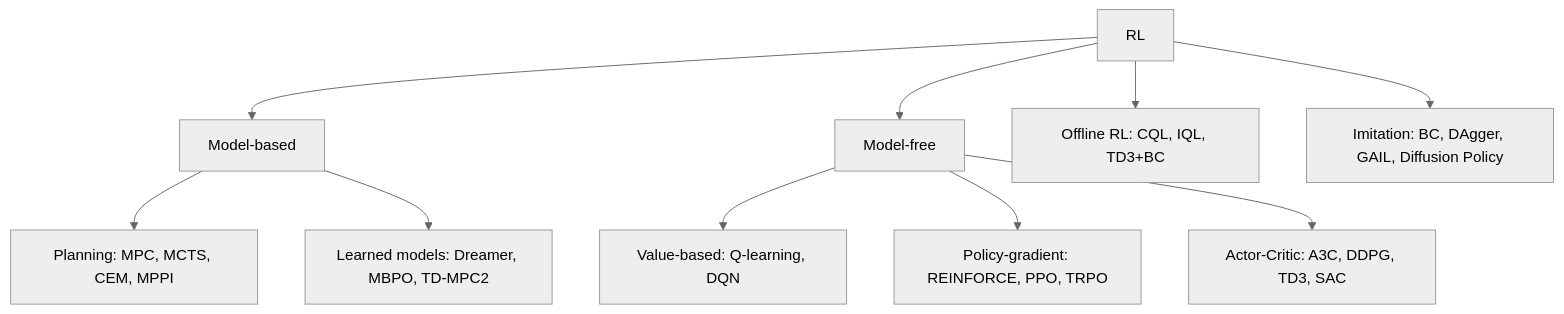
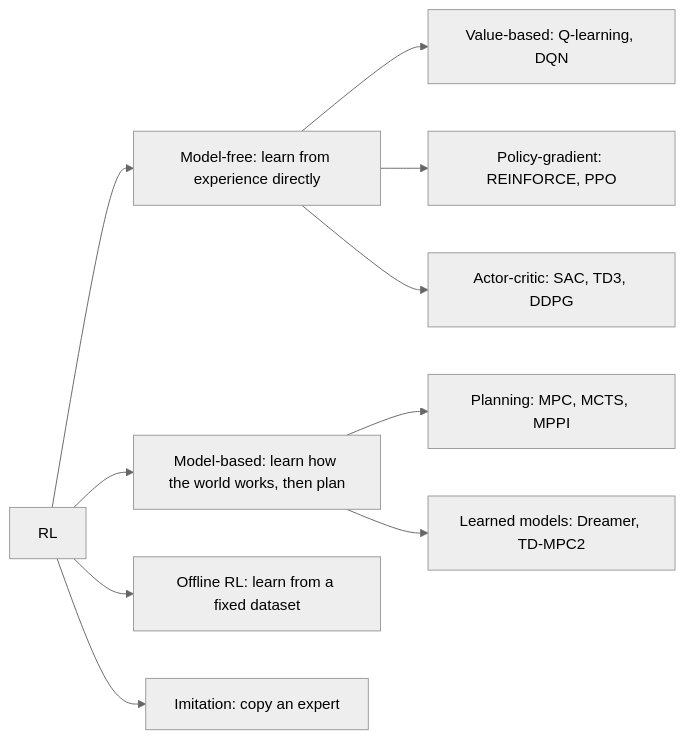
One commit to yeshwanthguru/Robotics_bible changed the diagram in docs/04-reinforcement-learning/rl-foundations.md. Above: the diagram before and after it, drawn with Mermaid (neutral theme). The commit also changed other lines of this file and 120 other files, not shown here.

First line of the commit message:
Rewrite all chapters plain-English first, add 60+ diagrams

````diff
--- a/docs/04-reinforcement-learning/rl-foundations.md
+++ b/docs/04-reinforcement-learning/rl-foundations.md
@@ -16,12 +48,12 @@
 ```mermaid
-flowchart TD
-  RL --> MB[Model-based]
-  RL --> MF[Model-free]
+flowchart LR
+  RL --> MF[Model-free: learn from experience directly]
+  RL --> MB[Model-based: learn how the world works, then plan]
+  RL --> OFF[Offline RL: learn from a fixed dataset]
+  RL --> IL[Imitation: copy an expert]
   MF --> VB[Value-based: Q-learning, DQN]
-  MF --> PG[Policy-gradient: REINFORCE, PPO, TRPO]
-  MF --> AC[Actor-Critic: A3C, DDPG, TD3, SAC]
-  MB --> PL[Planning: MPC, MCTS, CEM, MPPI]
-  MB --> LM[Learned models: Dreamer, MBPO, TD-MPC2]
-  RL --> OFF[Offline RL: CQL, IQL, TD3+BC]
-  RL --> IL[Imitation: BC, DAgger, GAIL, Diffusion Policy]
+  MF --> PG[Policy-gradient: REINFORCE, PPO]
+  MF --> AC[Actor-critic: SAC, TD3, DDPG]
+  MB --> PL[Planning: MPC, MCTS, MPPI]
+  MB --> LM[Learned models: Dreamer, TD-MPC2]
 ```
````
